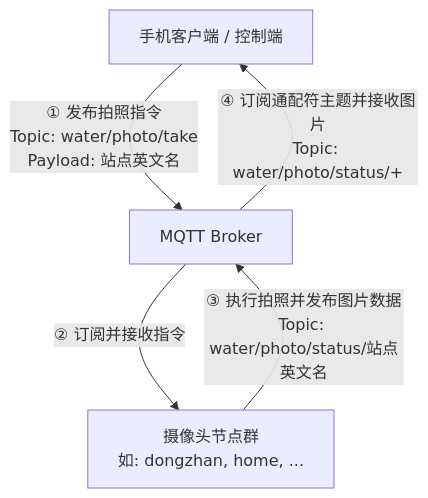
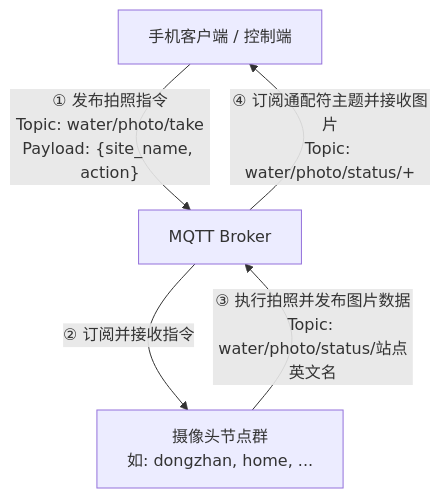
One commit to voicevon/water_android changed the first of 3 diagrams in doc/prd/camera_mqtt_communication_prd.md. Above: the diagram before and after it, drawn with Mermaid. The commit also changed other lines of this file and 7 other files, not shown here.

````diff
--- a/doc/prd/camera_mqtt_communication_prd.md
+++ b/doc/prd/camera_mqtt_communication_prd.md
@@ -24,7 +25,7 @@
 ```mermaid
 graph TD
-    App[手机客户端 / 控制端] -- "① 发布拍照指令<br>Topic: water/photo/take<br>Payload: 站点英文名" --> Broker[MQTT Broker]
+    App[手机客户端 / 控制端] -- "① 发布拍照指令<br>Topic: water/photo/take<br>Payload: {site_name, action}" --> Broker[MQTT Broker]
     Broker -- "② 订阅并接收指令" --> CameraNodes[摄像头节点群<br>如: dongzhan, home, ...]
     CameraNodes -- "③ 执行拍照并发布图片数据<br>Topic: water/photo/status/站点英文名" --> Broker
     Broker -- "④ 订阅通配符主题并接收图片<br>Topic: water/photo/status/+" --> App
 ```
````
